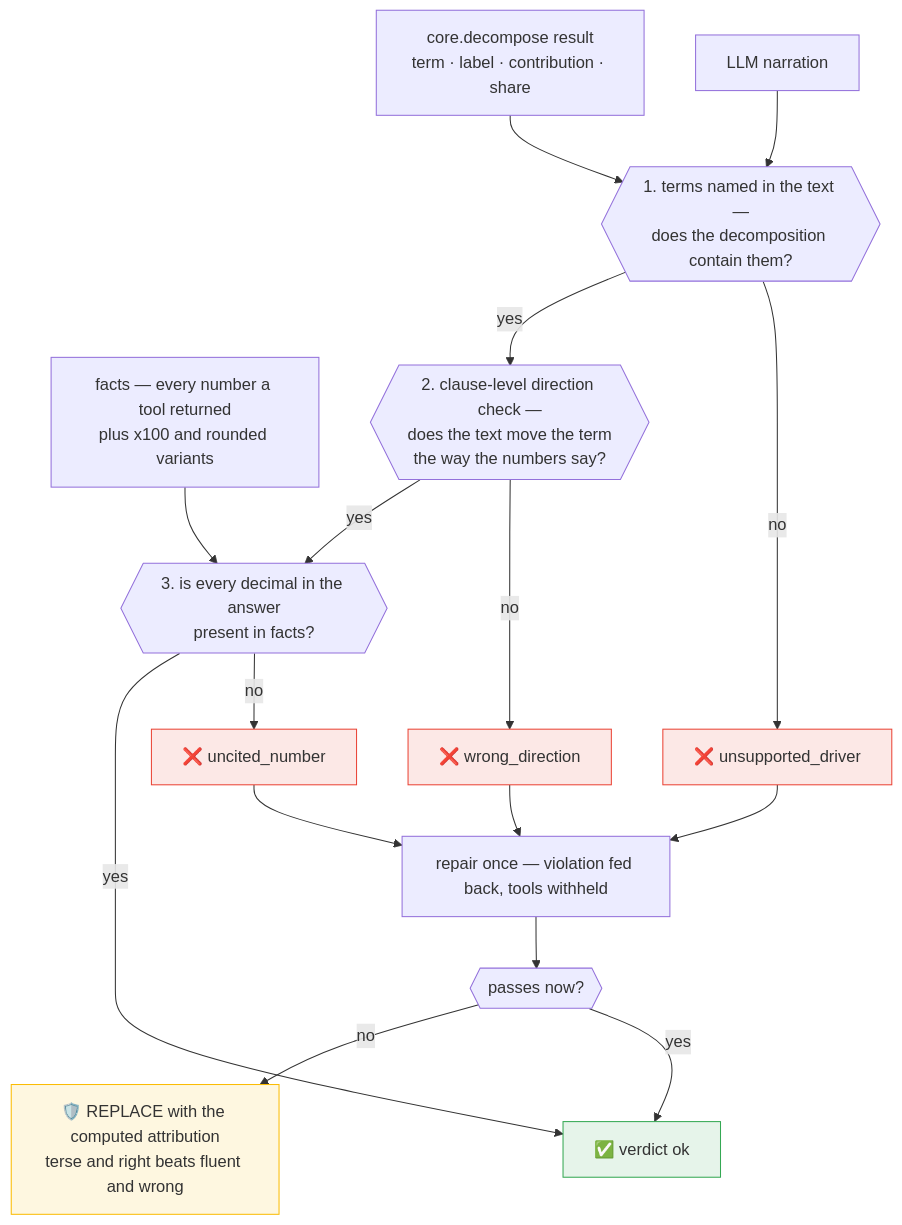
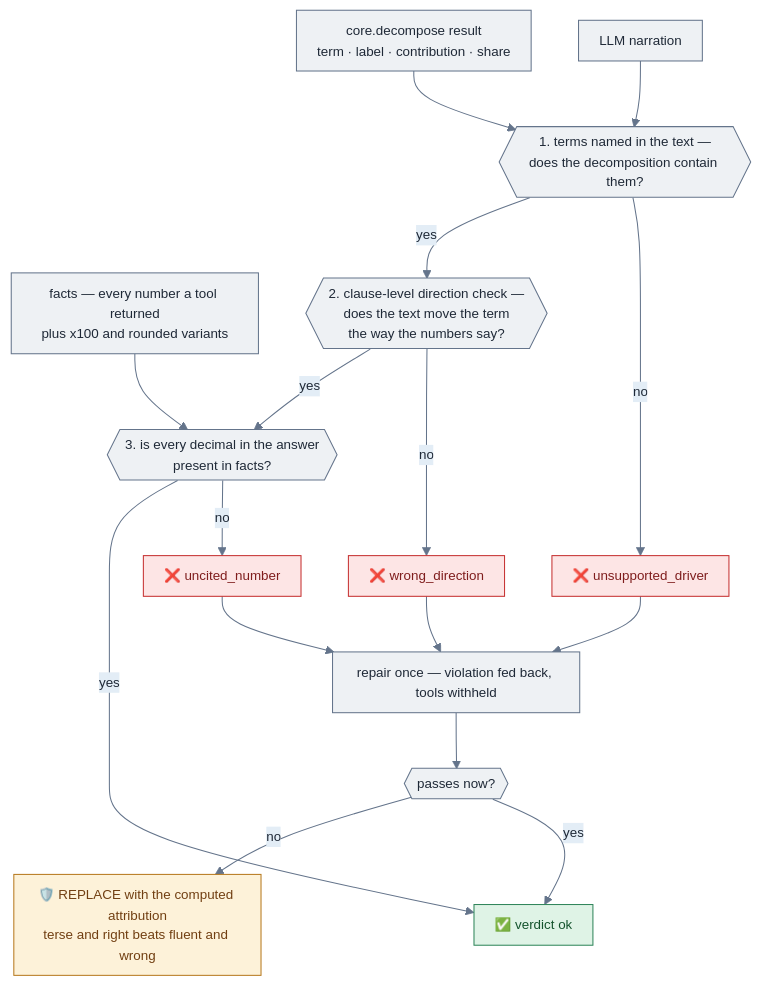
Before and after one commit to vamshi455/vrr-agent-open: the ninth of 19 diagrams in README.md, drawn with Mermaid. The commit also changed other lines of this file and 2 other files, not shown here.

````diff
--- a/README.md
+++ b/README.md
@@ -496,29 +551,31 @@
 ```mermaid
+%%{init: {'theme':'base','themeVariables':{'fontFamily':'ui-sans-serif, system-ui, -apple-system, sans-serif','fontSize':'13px','lineColor':'#64748b','primaryColor':'#eef1f4','primaryTextColor':'#1f2937','primaryBorderColor':'#64748b','secondaryColor':'#e3edf6','tertiaryColor':'#eef1f4'},'flowchart':{'htmlLabels':true,'padding':10,'nodeSpacing':46,'rankSpacing':54,'curve':'basis','useMaxWidth':true},'sequence':{'useMaxWidth':true,'boxMargin':8}}}%%
 flowchart TB
     NARR["LLM narration"] --> C1
     DECOMP["core.decompose result<br/>term · label · contribution · share"] --> C1
     FACTS["facts — every number a tool returned<br/>plus x100 and rounded variants"] --> C3
 
     C1{{"1. terms named in the text —<br/>does the decomposition contain them?"}}
     C1 -->|"no"| V1["❌ unsupported_driver"]
     C1 -->|"yes"| C2
     C2{{"2. clause-level direction check —<br/>does the text move the term<br/>the way the numbers say?"}}
     C2 -->|"no"| V2["❌ wrong_direction"]
     C2 -->|"yes"| C3
     C3{{"3. is every decimal in the answer<br/>present in facts?"}}
     C3 -->|"no"| V3["❌ uncited_number"]
     C3 -->|"yes"| PASS["✅ verdict ok"]
 
     V1 --> REPAIR
     V2 --> REPAIR
     V3 --> REPAIR
     REPAIR["repair once — violation fed back, tools withheld"] --> RECHECK{{"passes now?"}}
     RECHECK -->|"yes"| PASS
     RECHECK -->|"no"| REPLACE["🛡️ REPLACE with the computed attribution<br/>terse and right beats fluent and wrong"]
 
-    style PASS fill:#e6f4ea,stroke:#34a853
-    style REPLACE fill:#fef7e0,stroke:#fbbc04
-    style V1 fill:#fce8e6,stroke:#ea4335
-    style V2 fill:#fce8e6,stroke:#ea4335
-    style V3 fill:#fce8e6,stroke:#ea4335
+    classDef ok fill:#dff3e6,stroke:#2f855a,stroke-width:1px,color:#14532d;
+    classDef warn fill:#fdf2d9,stroke:#b7791f,stroke-width:1px,color:#713f12;
+    classDef bad fill:#fde5e5,stroke:#c53030,stroke-width:1px,color:#7f1d1d;
+    class PASS ok;
+    class REPLACE warn;
+    class V1,V2,V3 bad;
 ```
````
